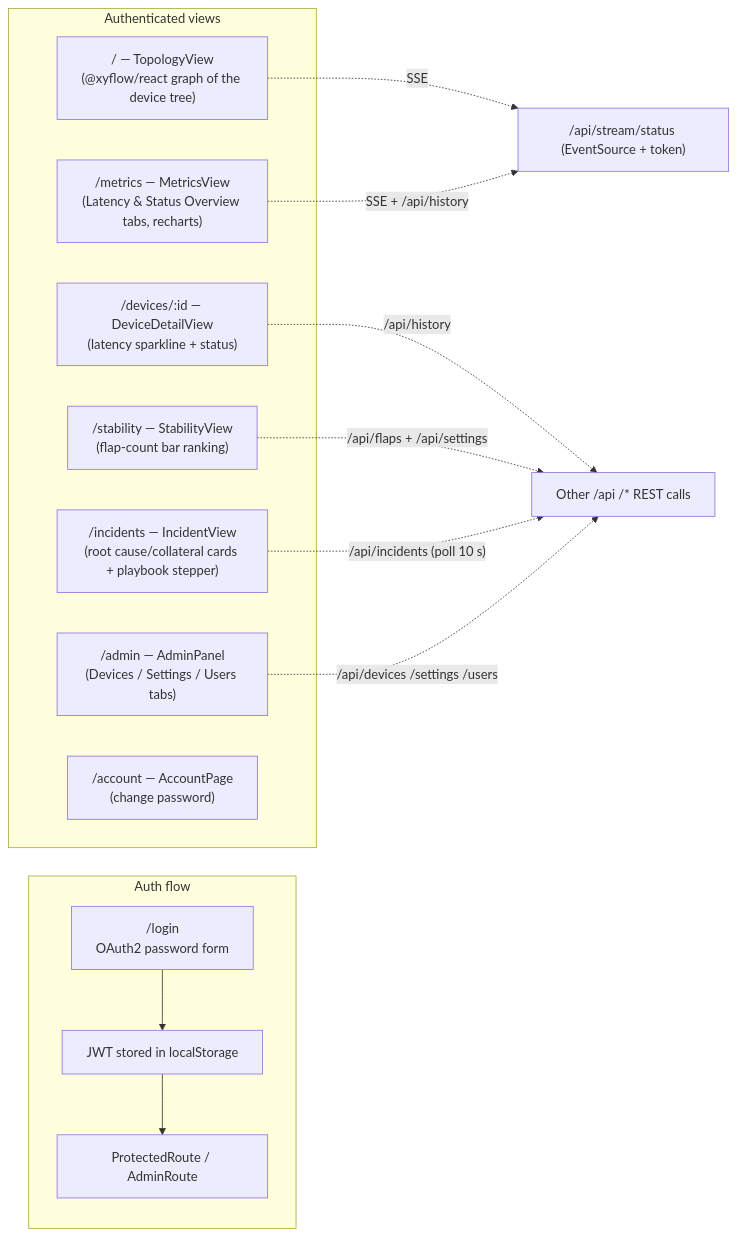
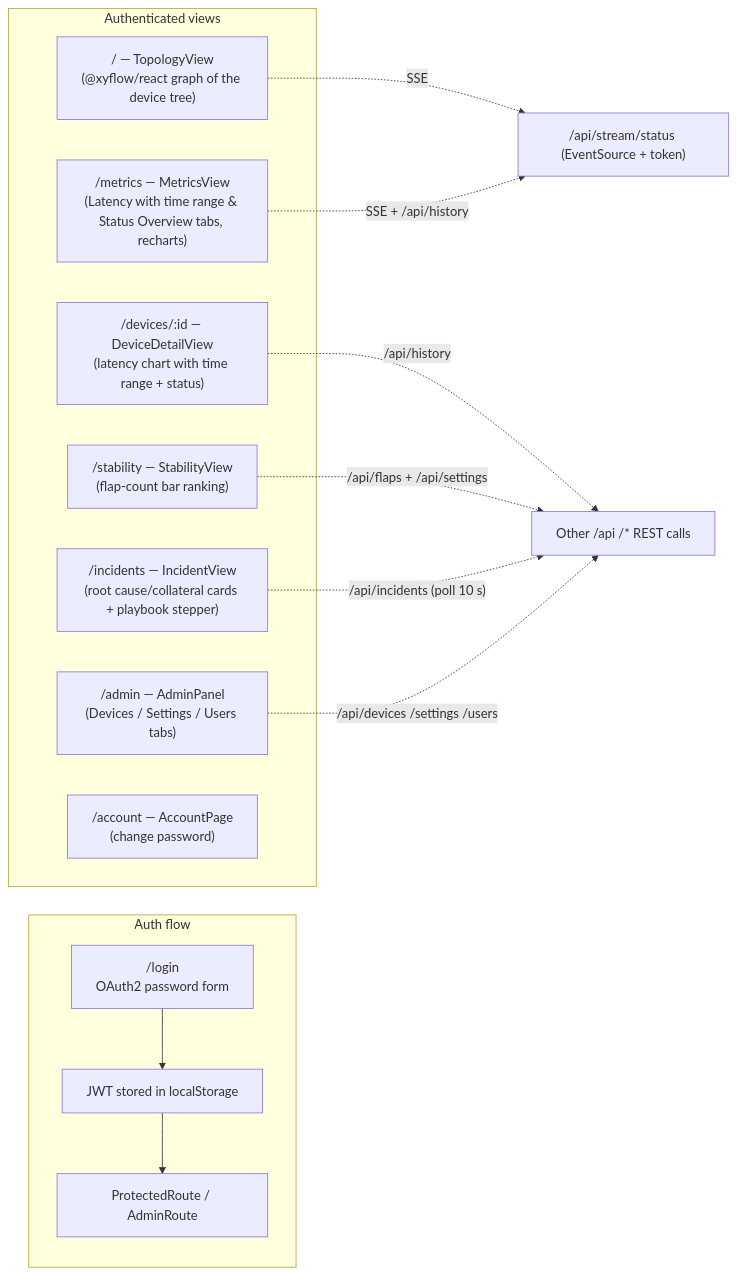
The fifth of 8 diagrams in README.md (dumbL4d/network-analyser), drawn with Mermaid before and after one commit. The commit also changed other lines of this file and 40 other files, not shown here.

````diff
--- a/README.md
+++ b/README.md
@@ -298,24 +314,24 @@
 ```mermaid
 flowchart LR
     subgraph Auth["Auth flow"]
         LOGIN["/login<br/>OAuth2 password form"] --> JWT["JWT stored in localStorage"]
         JWT --> PROD["ProtectedRoute / AdminRoute"]
     end
 
     subgraph Views["Authenticated views"]
         T["/ — TopologyView<br/>(@xyflow/react graph of the device tree)"]
-        D["/devices/:id — DeviceDetailView<br/>(latency sparkline + status)"]
-        M["/metrics — MetricsView<br/>(Latency & Status Overview tabs, recharts)"]
+        D["/devices/:id — DeviceDetailView<br/>(latency chart with time range + status)"]
+        M["/metrics — MetricsView<br/>(Latency with time range & Status Overview tabs, recharts)"]
         S["/stability — StabilityView<br/>(flap-count bar ranking)"]
         I["/incidents — IncidentView<br/>(root cause/collateral cards + playbook stepper)"]
         A["/admin — AdminPanel<br/>(Devices / Settings / Users tabs)"]
         C["/account — AccountPage<br/>(change password)"]
     end
 
     T -. SSE .-> STREAM["/api/stream/status (EventSource + token)"]
     M -. SSE + /api/history .-> STREAM
     D -. /api/history .-> REST["Other /api /* REST calls"]
     S -. /api/flaps + /api/settings .-> REST
     I -. /api/incidents (poll 10 s) .-> REST
     A -. /api/devices /settings /users .-> REST
 ```
````
